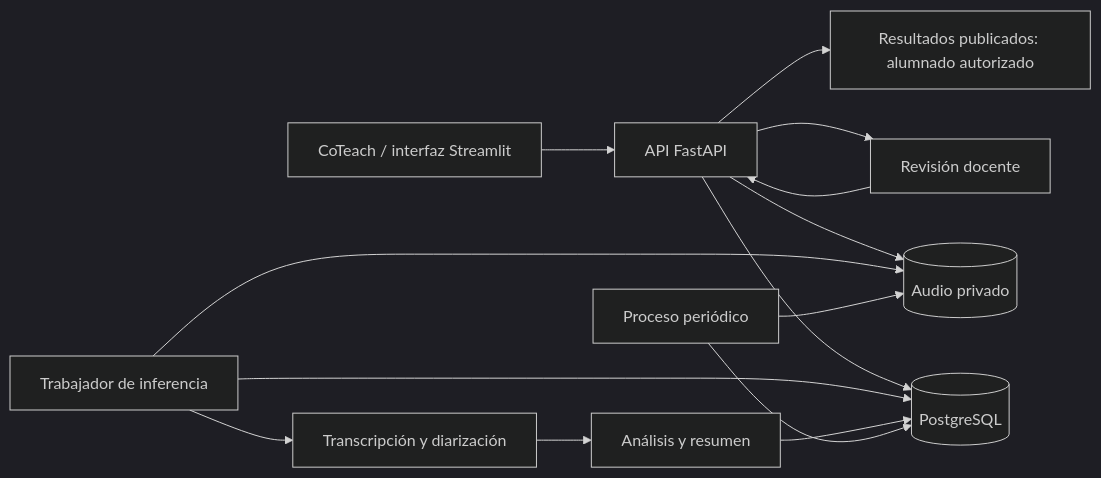
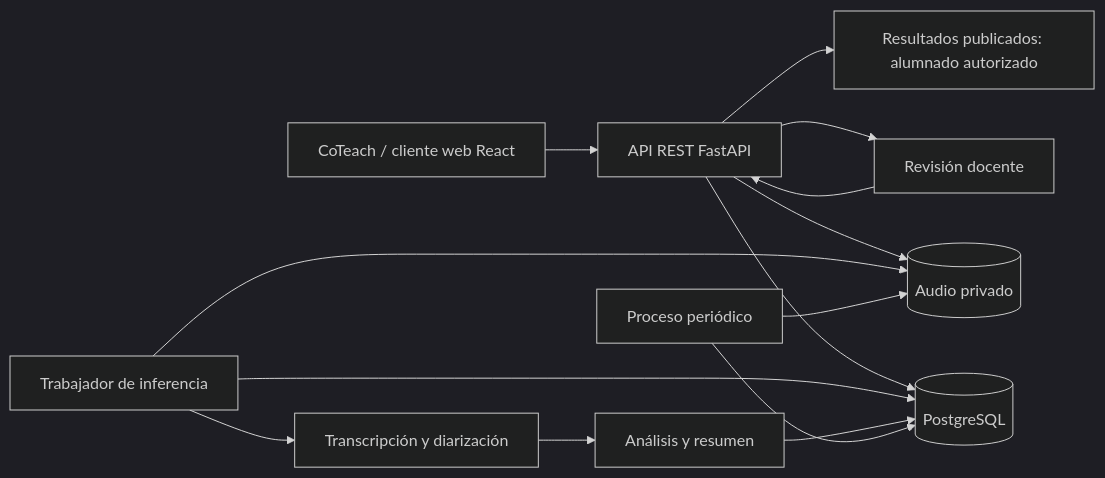
The diagram in docs/ARCHITECTURE.md (Bootcamp-IA-MAD-P7/Proyecto_Final), drawn with Mermaid (dark theme) before and after one commit. The commit also changed other lines of this file and 28 other files, not shown here.

Commit message:
docs: update MVP documentation for React and FastAPI

````diff
--- a/docs/ARCHITECTURE.md
+++ b/docs/ARCHITECTURE.md
@@ -11,16 +11,16 @@
 ```mermaid
 flowchart LR
-    C[CoTeach / interfaz Streamlit] --> A[API FastAPI]
+    C[CoTeach / cliente web React] --> A[API REST FastAPI]
     A --> D[(PostgreSQL)]
     A --> S[(Audio privado)]
     W[Trabajador de inferencia] --> D
     W --> S
     W --> T[Transcripción y diarización]
     T --> L[Análisis y resumen]
     L --> D
     P[Proceso periódico] --> D
     P --> S
     A --> R[Revisión docente]
     R --> A
     A --> U[Resultados publicados: alumnado autorizado]
 ```
````
